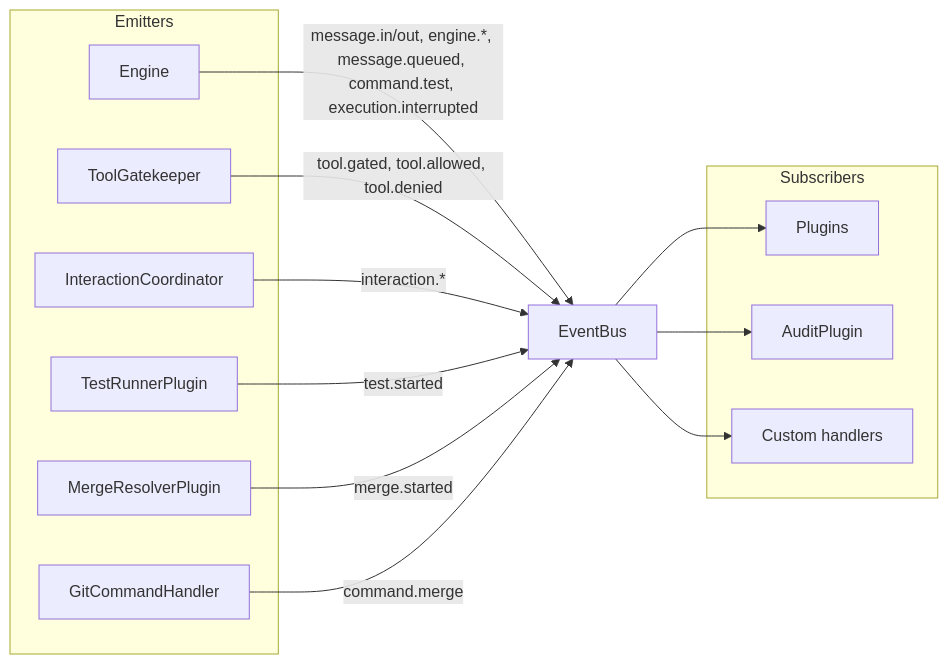
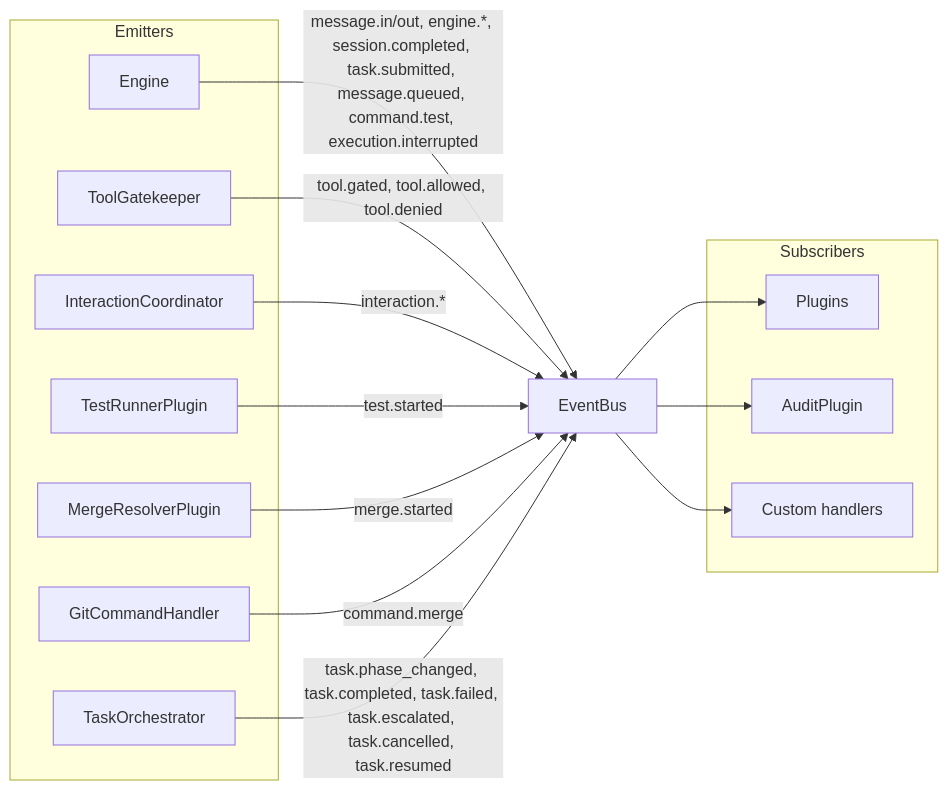
One commit to vmehera123/leashd changed the diagram in docs/events.md. Above: the diagram before and after it, drawn with Mermaid. The commit also changed other lines of this file and 79 other files, not shown here.

````diff
--- a/docs/events.md
+++ b/docs/events.md
@@ -36,29 +36,31 @@
 ```mermaid
 flowchart LR
     subgraph Emitters
         engine["Engine"]
         gatekeeper["ToolGatekeeper"]
         interactions["InteractionCoordinator"]
         testrunner["TestRunnerPlugin"]
         mergeresolver["MergeResolverPlugin"]
         githandler["GitCommandHandler"]
+        orchestrator["TaskOrchestrator"]
     end
 
     bus["EventBus"]
 
     subgraph Subscribers
         plugins["Plugins"]
         audit["AuditPlugin"]
         custom["Custom handlers"]
     end
 
-    engine -->|message.in/out, engine.*, message.queued, command.test, execution.interrupted| bus
+    engine -->|message.in/out, engine.*, session.completed, task.submitted, message.queued, command.test, execution.interrupted| bus
     gatekeeper -->|tool.gated, tool.allowed, tool.denied| bus
     interactions -->|interaction.*| bus
     testrunner -->|test.started| bus
     mergeresolver -->|merge.started| bus
     githandler -->|command.merge| bus
+    orchestrator -->|task.phase_changed, task.completed, task.failed, task.escalated, task.cancelled, task.resumed| bus
     bus --> plugins
     bus --> audit
     bus --> custom
 ```
````
